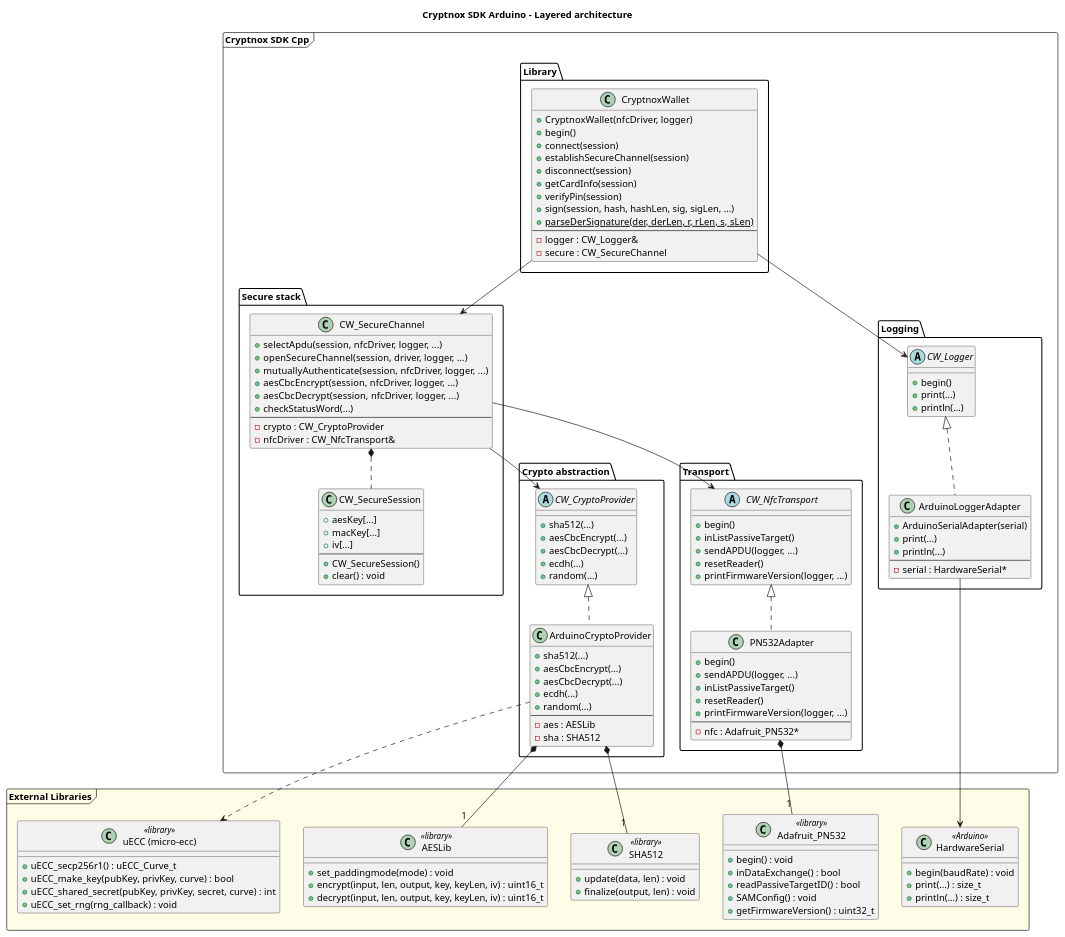
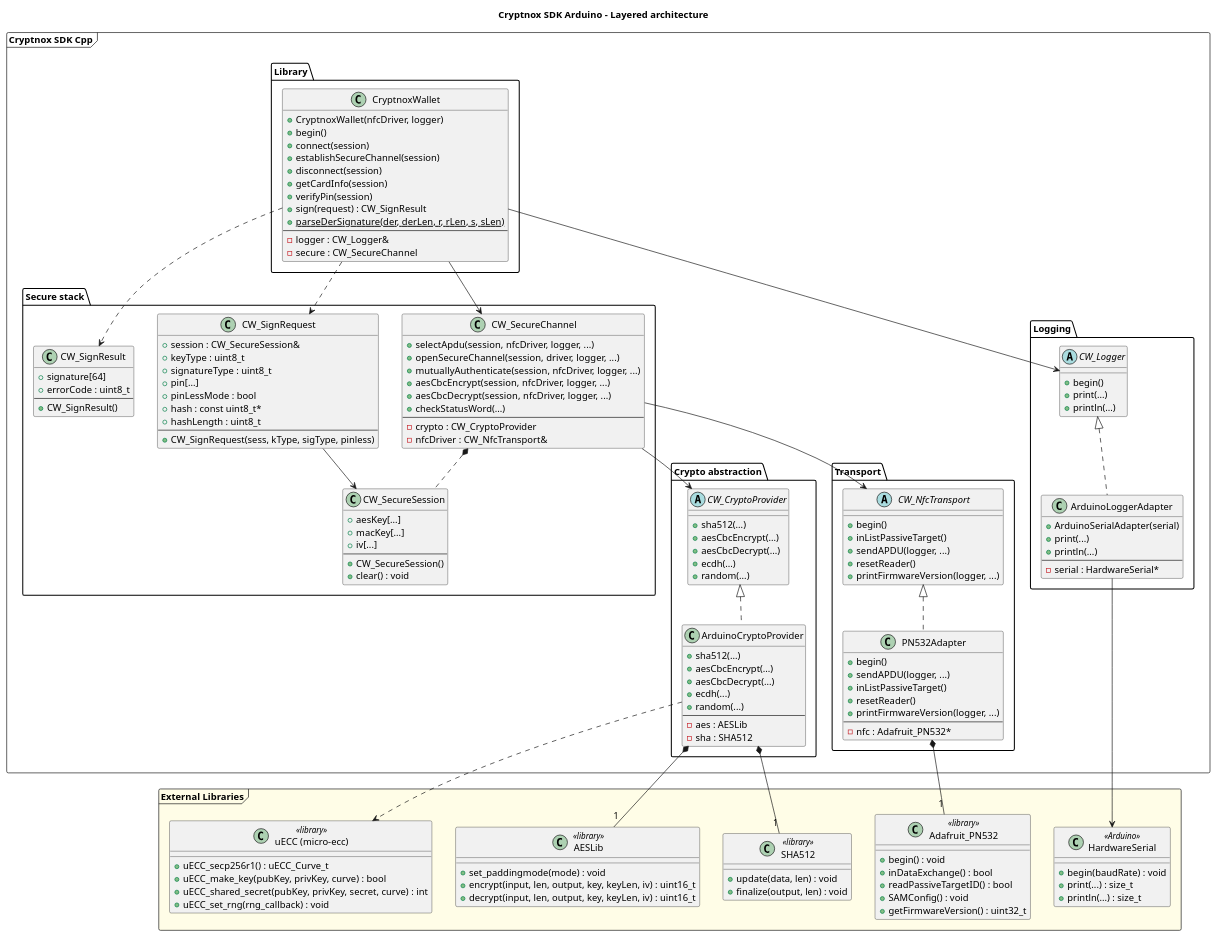
The diagram in docs/architecture/overview.puml (embarquech/sdk-arduino), drawn with PlantUML before and after one commit.

Commit message:
Modified the architecture diagram

```diff
--- a/docs/architecture/overview.puml
+++ b/docs/architecture/overview.puml
@@ -1,160 +1,182 @@
 @startuml
 title Cryptnox SDK Arduino - Layered architecture
 
 package "Cryptnox SDK Cpp" <<Frame>> {
 package "Library" {
     class CryptnoxWallet {
         + CryptnoxWallet(nfcDriver, logger)
         + begin()
         + connect(session)
         + establishSecureChannel(session)
         + disconnect(session)
         + getCardInfo(session)
         + verifyPin(session)
-        + sign(session, hash, hashLen, sig, sigLen, ...)
+        + sign(request) : CW_SignResult
         + {static} parseDerSignature(der, derLen, r, rLen, s, sLen)
         --
         - logger : CW_Logger&
         - secure : CW_SecureChannel
     }
 }
 
 package "Secure stack" {
     class CW_SecureChannel {
         + selectApdu(session, nfcDriver, logger, ...)
         + openSecureChannel(session, driver, logger, ...)
         + mutuallyAuthenticate(session, nfcDriver, logger, ...)
         + aesCbcEncrypt(session, nfcDriver, logger, ...)
         + aesCbcDecrypt(session, nfcDriver, logger, ...)
         + checkStatusWord(...)
         --
         - crypto : CW_CryptoProvider
         - nfcDriver : CW_NfcTransport&
     }
 
     class CW_SecureSession {
         + aesKey[...]
         + macKey[...]
         + iv[...]
         --
         + CW_SecureSession()
         + clear() : void
+    }
+
+    class CW_SignRequest {
+        + session : CW_SecureSession&
+        + keyType : uint8_t
+        + signatureType : uint8_t
+        + pin[...]
+        + pinLessMode : bool
+        + hash : const uint8_t*
+        + hashLength : uint8_t
+        --
+        + CW_SignRequest(sess, kType, sigType, pinless)
+    }
+
+    class CW_SignResult {
+        + signature[64]
+        + errorCode : uint8_t
+        --
+        + CW_SignResult()
     }
 }
 
 package "Crypto abstraction" {
     abstract class CW_CryptoProvider {
         + sha512(...)
         + aesCbcEncrypt(...)
         + aesCbcDecrypt(...)
         + ecdh(...)
         + random(...)
     }
 
     class ArduinoCryptoProvider {
         + sha512(...)
         + aesCbcEncrypt(...)
         + aesCbcDecrypt(...)
         + ecdh(...)
         + random(...)
         --
         - aes : AESLib
         - sha : SHA512
     }
 }
 
 package "Transport" {
     abstract class CW_NfcTransport {
         + begin()
         + inListPassiveTarget()
         + sendAPDU(logger, ...)
         + resetReader()
         + printFirmwareVersion(logger, ...)
     }
 
     class PN532Adapter {
         + begin()
         + sendAPDU(logger, ...)
         + inListPassiveTarget()
         + resetReader()
         + printFirmwareVersion(logger, ...)
         --
         - nfc : Adafruit_PN532*
     }
 }
 
 package "Logging" {
     abstract class CW_Logger {
         + begin()
         + print(...)
         + println(...)
     }
 
     class ArduinoLoggerAdapter {
         + ArduinoSerialAdapter(serial)
         + print(...)
         + println(...)
         --
         - serial : HardwareSerial*
     }
 }
 }
 
 package "External Libraries" <<Frame>> #FFFDE7 {
     
     class Adafruit_PN532 <<library>> {
         + begin() : void
         + inDataExchange() : bool
         + readPassiveTargetID() : bool
         + SAMConfig() : void
         + getFirmwareVersion() : uint32_t
     }
     
     class AESLib <<library>> {
         + set_paddingmode(mode) : void
         + encrypt(input, len, output, key, keyLen, iv) : uint16_t
         + decrypt(input, len, output, key, keyLen, iv) : uint16_t
     }
     
     class "uECC (micro-ecc)" as uECC <<library>> {
         + uECC_secp256r1() : uECC_Curve_t
         + uECC_make_key(pubKey, privKey, curve) : bool
         + uECC_shared_secret(pubKey, privKey, secret, curve) : int
         + uECC_set_rng(rng_callback) : void
     }
 
     class SHA512 <<library>> {
         + update(data, len) : void
         + finalize(output, len) : void
     }
 
     class HardwareSerial <<Arduino>> {
         + begin(baudRate) : void
         + print(...) : size_t
         + println(...) : size_t
     }
 }
 
 ' ==============================
 ' Relations principales
 ' ==============================
 
 CryptnoxWallet --> CW_SecureChannel
 CryptnoxWallet --> CW_Logger
+CryptnoxWallet ..> CW_SignRequest
+CryptnoxWallet ..> CW_SignResult
 CW_SecureChannel *.. CW_SecureSession
 CW_SecureChannel --> CW_CryptoProvider
 CW_SecureChannel --> CW_NfcTransport
+CW_SignRequest --> CW_SecureSession
 
 CW_CryptoProvider <|.. ArduinoCryptoProvider
 CW_NfcTransport <|.. PN532Adapter
 CW_Logger <|.. ArduinoLoggerAdapter
 
 
 ArduinoLoggerAdapter --> HardwareSerial
 
 ArduinoCryptoProvider *-- "1" AESLib
 ArduinoCryptoProvider ..> uECC
 ArduinoCryptoProvider *-- "1" SHA512
 PN532Adapter *-- "1" Adafruit_PN532
 
 @enduml
```
